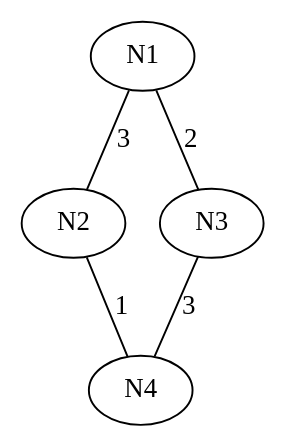
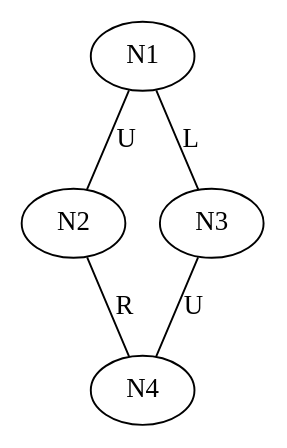
One commit to darwikey/AquariumSimulator changed the diagram in Controleur/data/default.dot. Above: the diagram before and after it, drawn with Graphviz. The commit also changed 4 other files, not shown here.

Commit message:
ajout des positions dans le graphe

```diff
--- a/Controleur/data/default.dot
+++ b/Controleur/data/default.dot
@@ -1,10 +1,10 @@
 graph Aquarium {
     n1 [label="N1"];
     n2 [label="N2"];
     n3 [label="N3"];
     n4 [label="N4"];
-    n1 -- n2 [label="3"];
-    n1 -- n3 [label="2"];
-    n2 -- n4 [label="1"];
-    n3 -- n4 [label="3"];
+    n1 -- n2 [label="U"];
+    n1 -- n3 [label="L"];
+    n2 -- n4 [label="R"];
+    n3 -- n4 [label="U"];
 }
```
